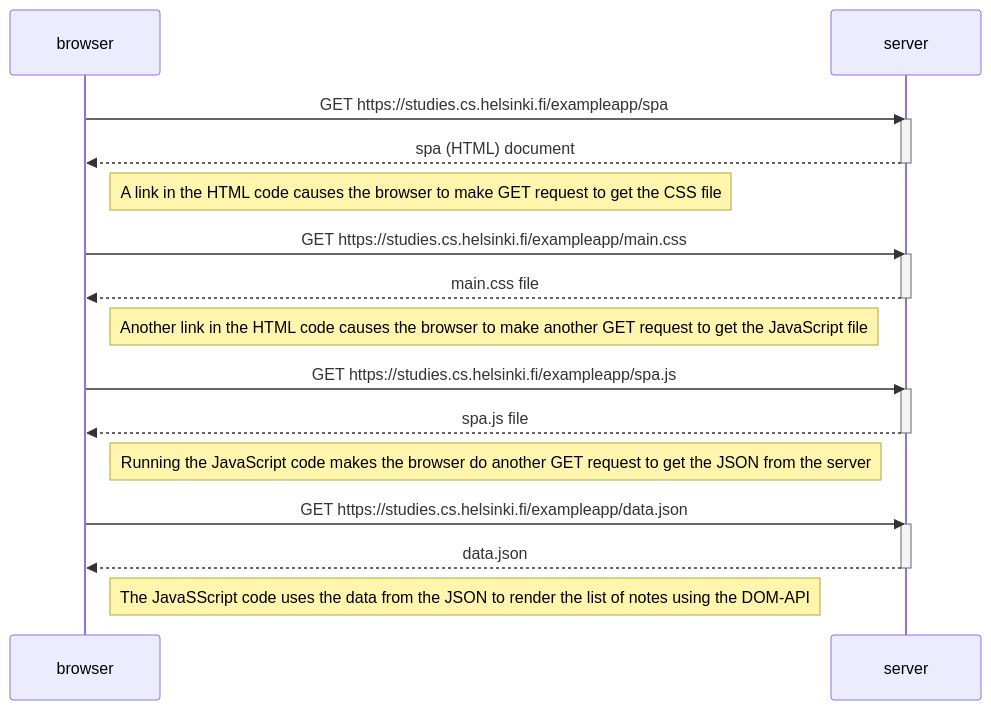
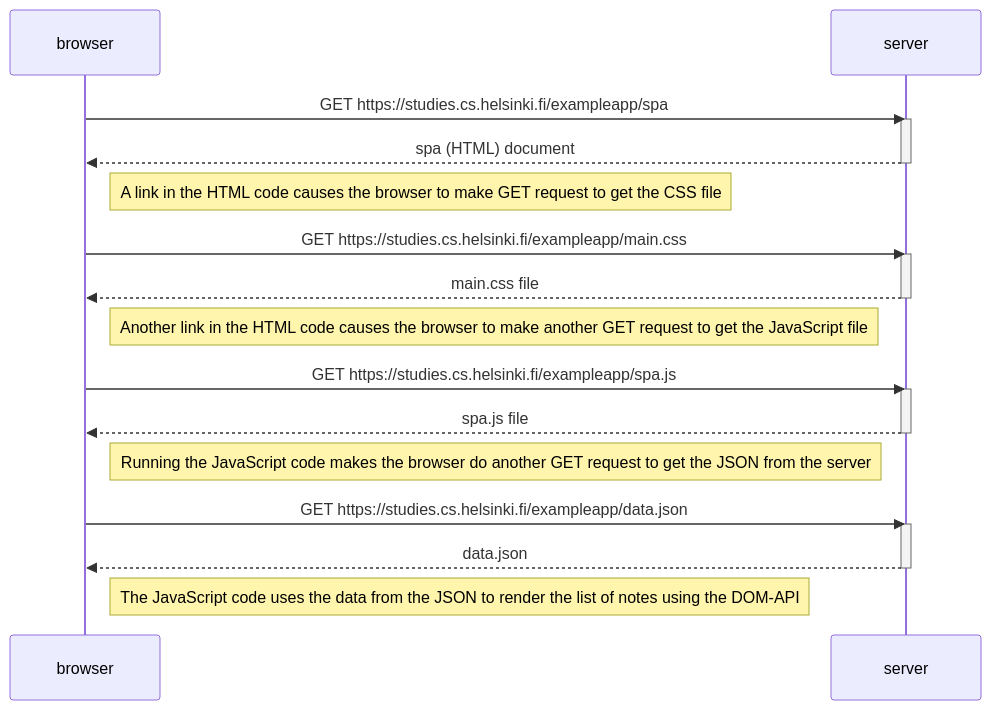
One commit to Evernew998/fullstackopen changed the diagram in part0/single_page_app_diagram.md. Above: the diagram before and after it, drawn with Mermaid.

Commit message:
fixed typo in single_page_app_diagram

````diff
--- a/part0/single_page_app_diagram.md
+++ b/part0/single_page_app_diagram.md
@@ -1,33 +1,33 @@
 ```mermaid
 sequenceDiagram
     participant browser
     participant server
 
     browser->>server: GET https://studies.cs.helsinki.fi/exampleapp/spa
     activate server
     server-->>browser: spa (HTML) document
     deactivate server
 
     Note right of browser: A link in the HTML code causes the browser to make GET request to get the CSS file
 
     browser->>server: GET https://studies.cs.helsinki.fi/exampleapp/main.css
     activate server
     server-->>browser: main.css file
     deactivate server
 
     Note right of browser: Another link in the HTML code causes the browser to make another GET request to get the JavaScript file
 
     browser->>server: GET https://studies.cs.helsinki.fi/exampleapp/spa.js
     activate server
     server-->>browser: spa.js file
     deactivate server
 
     Note right of browser: Running the JavaScript code makes the browser do another GET request to get the JSON from the server
 
     browser->>server: GET https://studies.cs.helsinki.fi/exampleapp/data.json
     activate server
     server-->>browser: data.json
     deactivate server
 
-    Note right of browser: The JavaSScript code uses the data from the JSON to render the list of notes using the DOM-API
+    Note right of browser: The JavaScript code uses the data from the JSON to render the list of notes using the DOM-API
 ```
````
